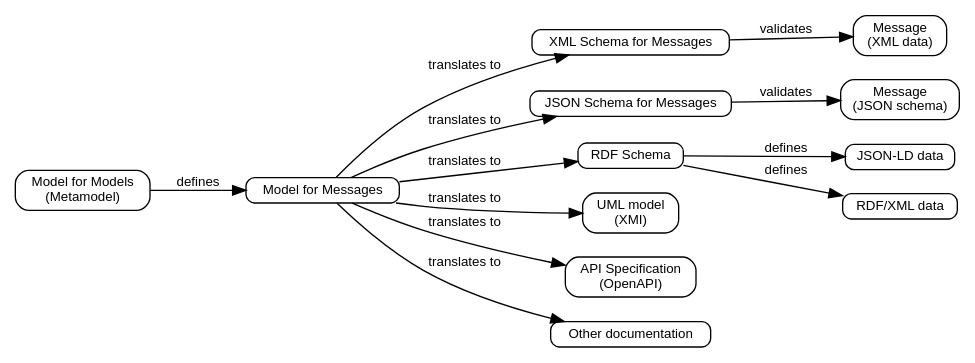
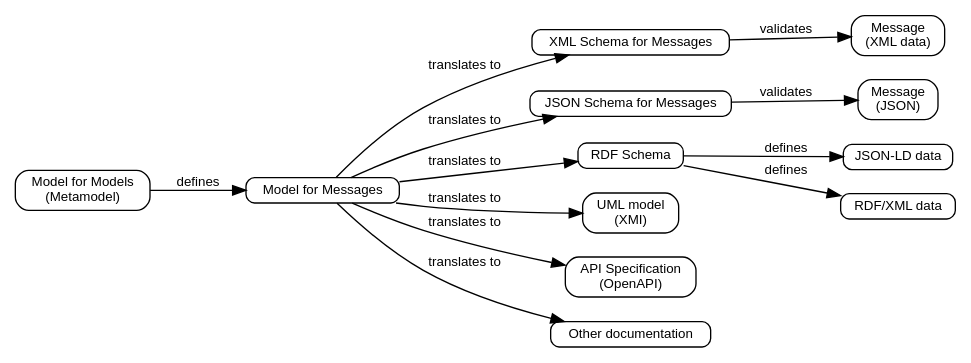
One commit to webb/niem-metamodel changed the diagram in metamodel-tools.dot. Above: the diagram before and after it, drawn with Graphviz. The commit also changed 1 other file, not shown here.

Commit message:
Updated diagram of tools/technologies.

```diff
--- a/metamodel-tools.dot
+++ b/metamodel-tools.dot
@@ -1,35 +1,35 @@
 digraph G {
   layout = dot;
   edge [fontname = "Helvetica", fontsize = 10, dir = forward];
   node [fontname = "Helvetica", fontsize = 10, width = 0, height = 0, label="\N\l"];
   rankdir = LR;
 
   node [shape=box, style=rounded];
 
   { rank = same;
   message_xml [label="Message\n(XML data)"];
-  message_json [label="Message\n(JSON schema)"];
+  message_json [label="Message\n(JSON)"];
   message_json_ld [label="JSON-LD data"];
   message_rdf_xml [label="RDF/XML data"];
   }
   
   { rank = same;
   schema_xsd [label="XML Schema for Messages"];
   schema_json [label="JSON Schema for Messages"];
   schema_rdf [label="RDF Schema"];
   uml_model [label="UML model\n(XMI)"];
   api_spec [label="API Specification\n(OpenAPI)"];
   docs [label="Other documentation"];
   }
   
   schema_xsd -> message_xml [label="validates"];
   schema_json -> message_json [label="validates"];
   schema_rdf -> { message_json_ld message_rdf_xml } [label="defines"];
 
   model [label="Model for Messages\n"];
   model -> { schema_xsd schema_json schema_rdf uml_model api_spec docs }  [label="translates to"];
 
   metamodel [label="Model for Models\n(Metamodel)"];
   metamodel -> model [label="defines"];
 
 }
```
